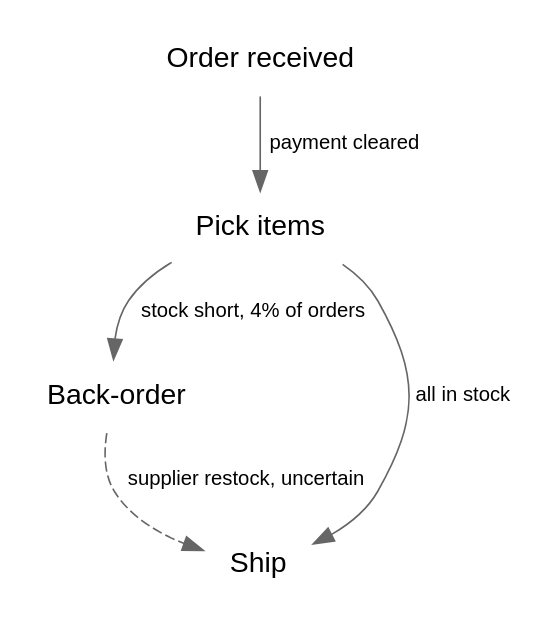
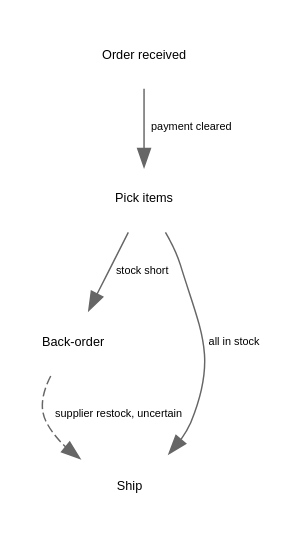
One commit to mayar-ariss/tufte changed the second of 2 diagrams in rules/diagrams-flowcharts.md. Above: the diagram before and after it, drawn with Graphviz. The commit also changed other lines of this file and 5 other files, not shown here.

Commit message:
Nature's rules for diagrams; no gridlines; keylines and colored boxes for color references

````diff
--- a/rules/diagrams-flowcharts.md
+++ b/rules/diagrams-flowcharts.md
@@ -154,12 +166,13 @@
 ```dot
 digraph process {
-  node [shape=plaintext, fontname="Helvetica"];
-  edge [color="#666666", penwidth=0.8, fontname="Helvetica", fontsize=10];
+  size="3.5";   // 89 mm wide: Nature single column (SKILL.md rule 20)
+  node [shape=plaintext, fontname="Helvetica", fontsize=7, fontcolor="black"];
+  edge [color="#666666", penwidth=0.8, fontname="Helvetica", fontsize=6, fontcolor="black"];
   received [label="Order received"]; pick [label="Pick items"];
   backorder [label="Back-order"]; ship [label="Ship"];
   received -> pick [label="payment cleared"];
-  pick -> backorder [label="stock short, 4% of orders"];
+  pick -> backorder [label="stock short"];   // the share of orders goes in the legend
   pick -> ship [label="all in stock"];
   backorder -> ship [label="supplier restock, uncertain", style=dashed];
 }
 ```
````
